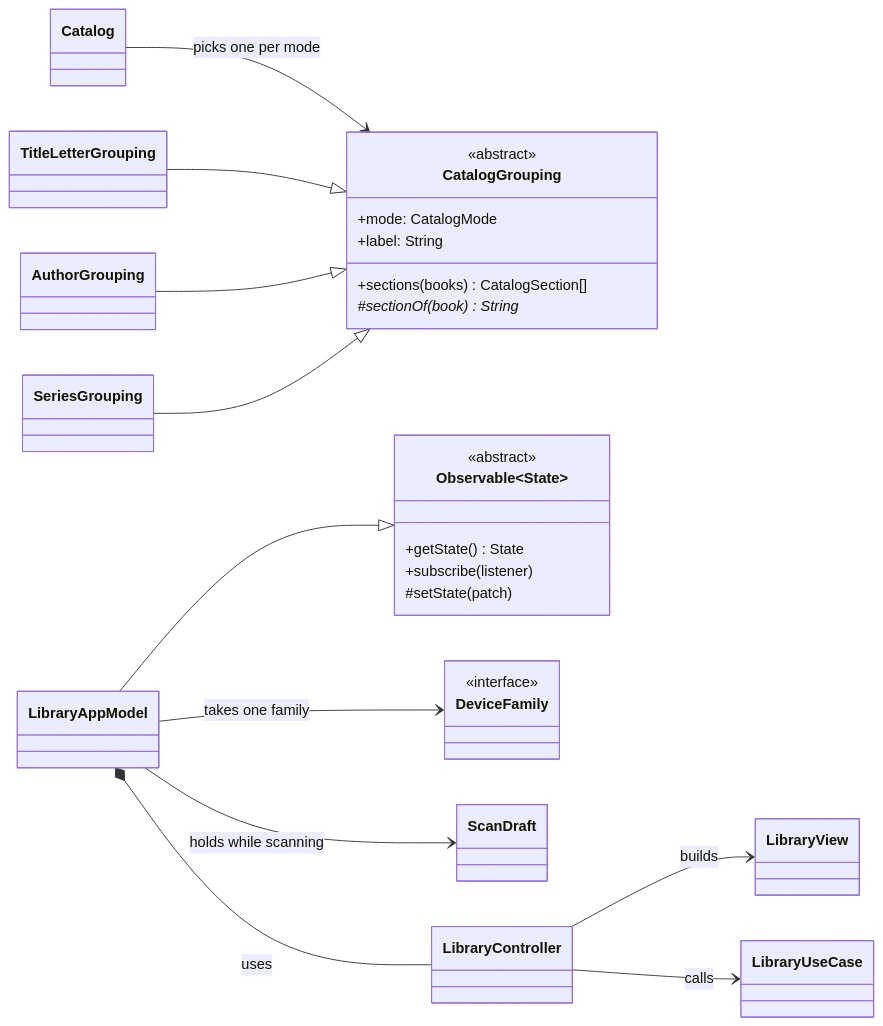
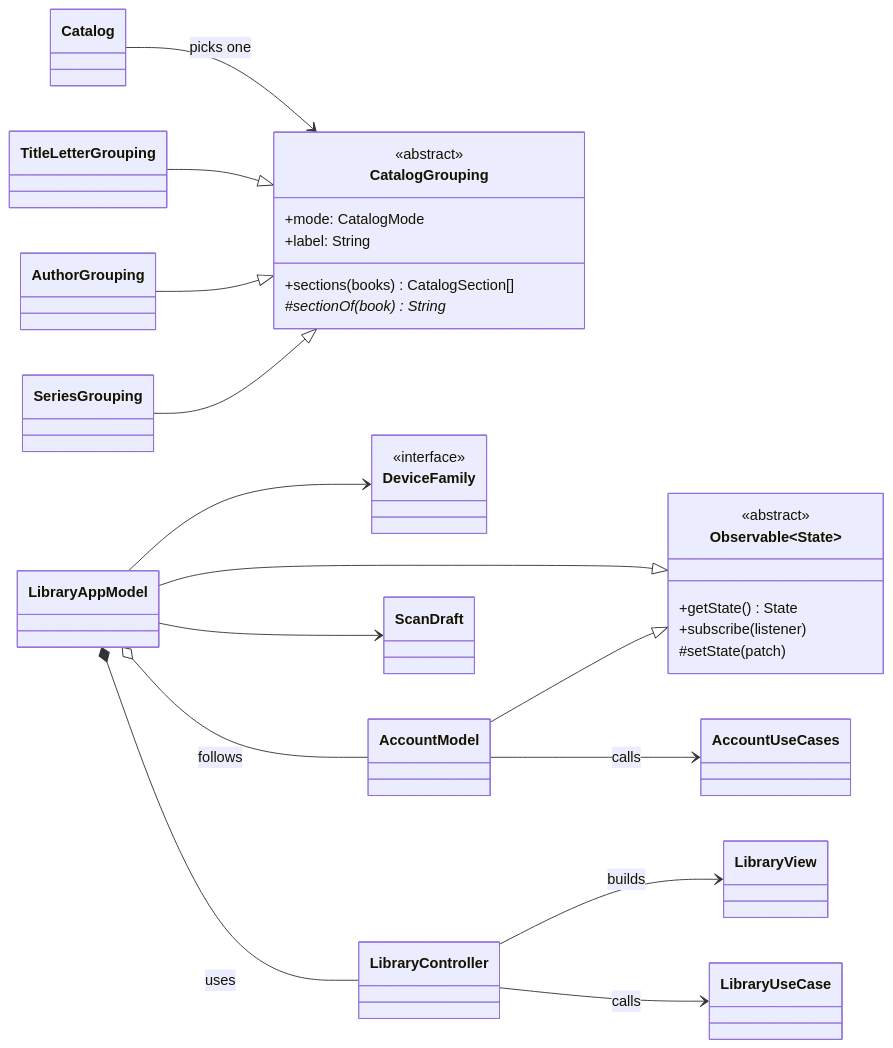
The diagram in docs/design/diagrams/class-presentation.mmd (ghechavarria/cen5064-project-hechavarria), drawn with Mermaid before and after one commit. The commit also changed 23 other files, not shown here.

First line of the commit message:
Diagrams: feature 4 in the C4 and UML views, every figure at 7pt or larger

```diff
--- a/docs/design/diagrams/class-presentation.mmd
+++ b/docs/design/diagrams/class-presentation.mmd
@@ -1,28 +1,31 @@
 classDiagram
     direction LR
     class Observable~State~ {
         <<abstract>>
         +getState() State
         +subscribe(listener)
         #setState(patch)
     }
     class CatalogGrouping {
         <<abstract>>
         +mode: CatalogMode
         +label: String
         +sections(books) CatalogSection[]
         #sectionOf(book)* String
     }
     class DeviceFamily {
         <<interface>>
     }
     LibraryAppModel --|> Observable~State~
-    LibraryAppModel --> DeviceFamily : takes one family
-    LibraryAppModel --> ScanDraft : holds while scanning
+    AccountModel --|> Observable~State~
+    LibraryAppModel o-- AccountModel : follows
+    AccountModel --> AccountUseCases : calls
+    LibraryAppModel --> DeviceFamily
+    LibraryAppModel --> ScanDraft
     LibraryAppModel *-- LibraryController : uses
     LibraryController --> LibraryView : builds
     LibraryController --> LibraryUseCase : calls
-    Catalog --> CatalogGrouping : picks one per mode
+    Catalog --> CatalogGrouping : picks one
     TitleLetterGrouping --|> CatalogGrouping
     AuthorGrouping --|> CatalogGrouping
     SeriesGrouping --|> CatalogGrouping
```
